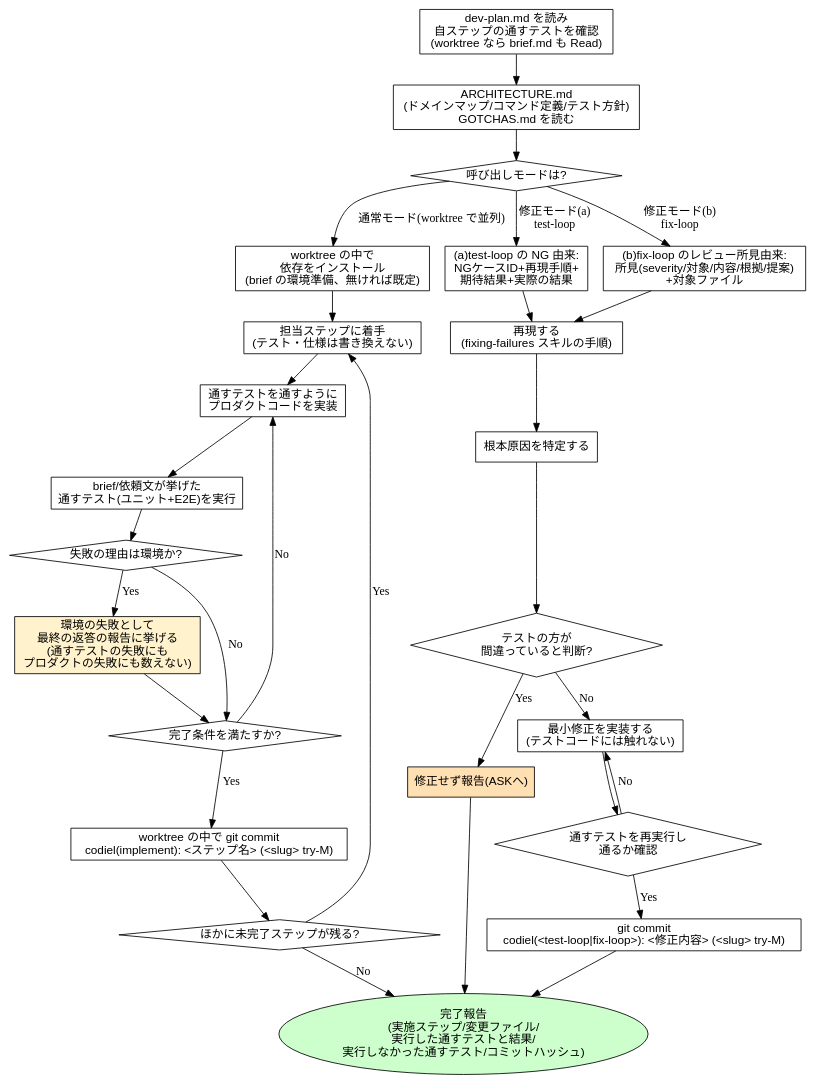
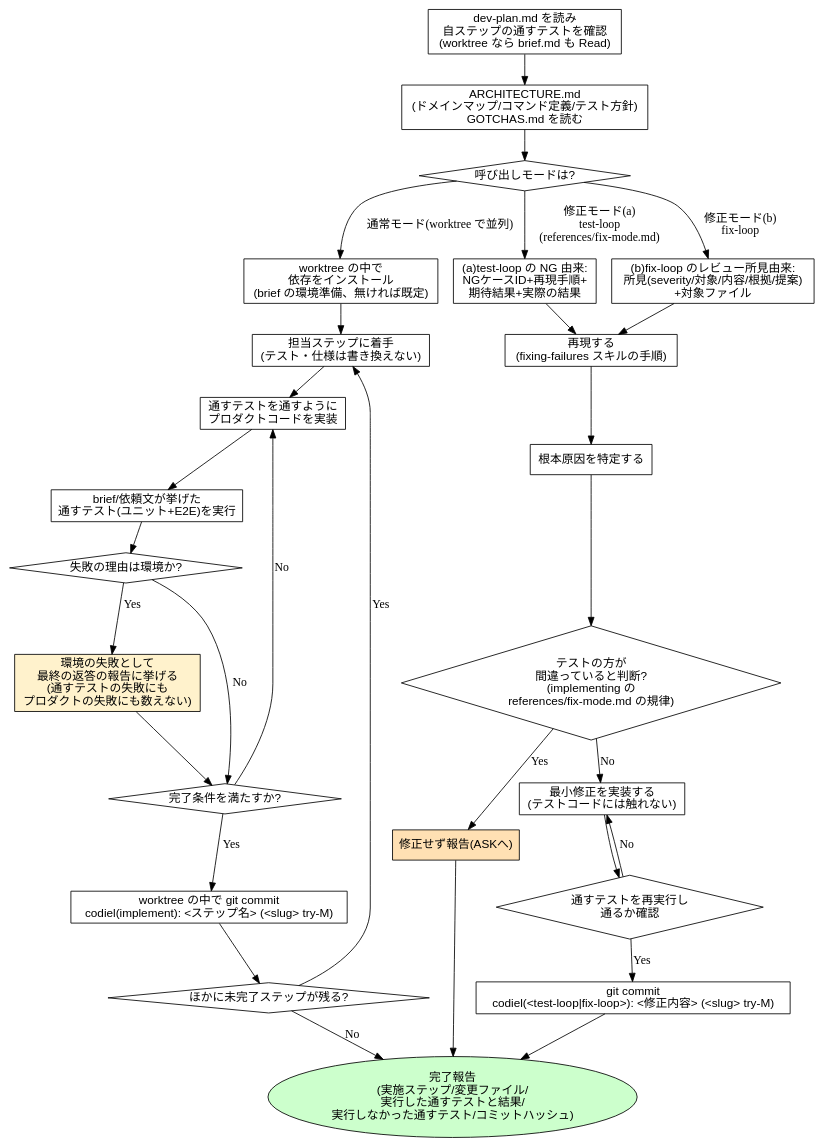
One commit to Amatsuka-kobo/amatsuka-claude-plugins changed the sixth of 15 diagrams in plugins/codiel/docs/skill-flowcharts.md. Above: the diagram before and after it, drawn with Graphviz. The commit also changed other lines of this file and 8 other files, not shown here.

````diff
--- a/plugins/codiel/docs/skill-flowcharts.md
+++ b/plugins/codiel/docs/skill-flowcharts.md
@@ -193,58 +193,58 @@
 ```dot
 digraph implementing {
   rankdir=TB;
   node [fontname="sans-serif"];
 
   read_plan [label="dev-plan.md を読み\n自ステップの通すテストを確認\n(worktree なら brief.md も Read)", shape=box];
   read_arch [label="ARCHITECTURE.md\n(ドメインマップ/コマンド定義/テスト方針)\nGOTCHAS.md を読む", shape=box];
   mode [label="呼び出しモードは?", shape=diamond];
 
   install [label="worktree の中で\n依存をインストール\n(brief の環境準備、無ければ既定)", shape=box];
   next_step [label="担当ステップに着手\n(テスト・仕様は書き換えない)", shape=box];
   implement_code [label="通すテストを通すように\nプロダクトコードを実装", shape=box];
   run_tests [label="brief/依頼文が挙げた\n通すテスト(ユニット+E2E)を実行", shape=box];
   env_check [label="失敗の理由は環境か?", shape=diamond];
   env_report [label="環境の失敗として\n最終の返答の報告に挙げる\n(通すテストの失敗にも\nプロダクトの失敗にも数えない)", shape=box, style=filled, fillcolor="#fff2cc"];
   verify [label="完了条件を満たすか?", shape=diamond];
   commit_step [label="worktree の中で git commit\ncodiel(implement): <ステップ名> (<slug> try-M)", shape=box];
   more_steps [label="ほかに未完了ステップが残る?", shape=diamond];
 
   receive_a [label="(a)test-loop の NG 由来:\nNGケースID+再現手順+\n期待結果+実際の結果", shape=box];
   receive_b [label="(b)fix-loop のレビュー所見由来:\n所見(severity/対象/内容/根拠/提案)\n+対象ファイル", shape=box];
   reproduce [label="再現する\n(fixing-failures スキルの手順)", shape=box];
   root_cause [label="根本原因を特定する", shape=box];
-  spec_wrong [label="テストの方が\n間違っていると判断?", shape=diamond];
+  spec_wrong [label="テストの方が\n間違っていると判断?\n(implementing の\nreferences/fix-mode.md の規律)", shape=diamond];
   escalate [label="修正せず報告(ASKへ)", shape=box, style=filled, fillcolor="#ffe0b3"];
   minimal_fix [label="最小修正を実装する\n(テストコードには触れない)", shape=box];
   verify_fix [label="通すテストを再実行し\n通るか確認", shape=diamond];
   commit_fix [label="git commit\ncodiel(<test-loop|fix-loop>): <修正内容> (<slug> try-M)", shape=box];
 
   report [label="完了報告\n(実施ステップ/変更ファイル/\n実行した通すテストと結果/\n実行しなかった通すテスト/コミットハッシュ)", shape=ellipse, style=filled, fillcolor="#ccffcc"];
 
   read_plan -> read_arch -> mode;
   mode -> install [label="通常モード(worktree で並列)"];
-  mode -> receive_a [label="修正モード(a)\ntest-loop"];
+  mode -> receive_a [label="修正モード(a)\ntest-loop\n(references/fix-mode.md)"];
   mode -> receive_b [label="修正モード(b)\nfix-loop"];
 
   install -> next_step -> implement_code -> run_tests -> env_check;
   env_check -> env_report [label="Yes"];
   env_check -> verify [label="No"];
   env_report -> verify;
   verify -> implement_code [label="No"];
   verify -> commit_step [label="Yes"];
   commit_step -> more_steps;
   more_steps -> next_step [label="Yes"];
   more_steps -> report [label="No"];
 
   receive_a -> reproduce;
   receive_b -> reproduce;
   reproduce -> root_cause -> spec_wrong;
   spec_wrong -> escalate [label="Yes"];
   spec_wrong -> minimal_fix [label="No"];
   minimal_fix -> verify_fix;
   verify_fix -> minimal_fix [label="No"];
   verify_fix -> commit_fix [label="Yes"];
   commit_fix -> report;
   escalate -> report;
 }
 ```
````
